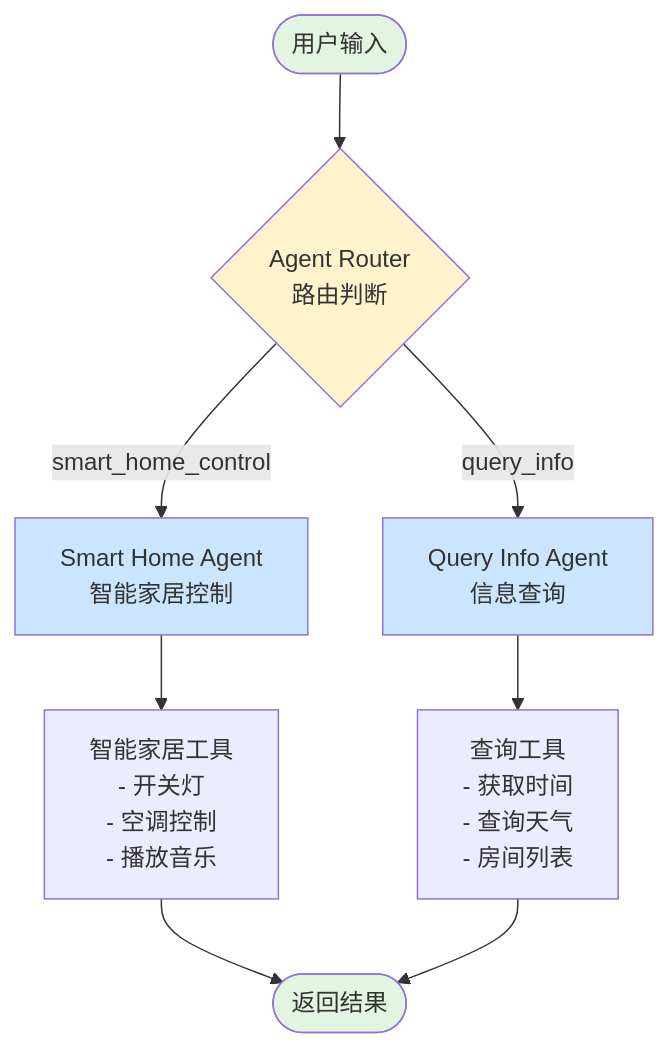
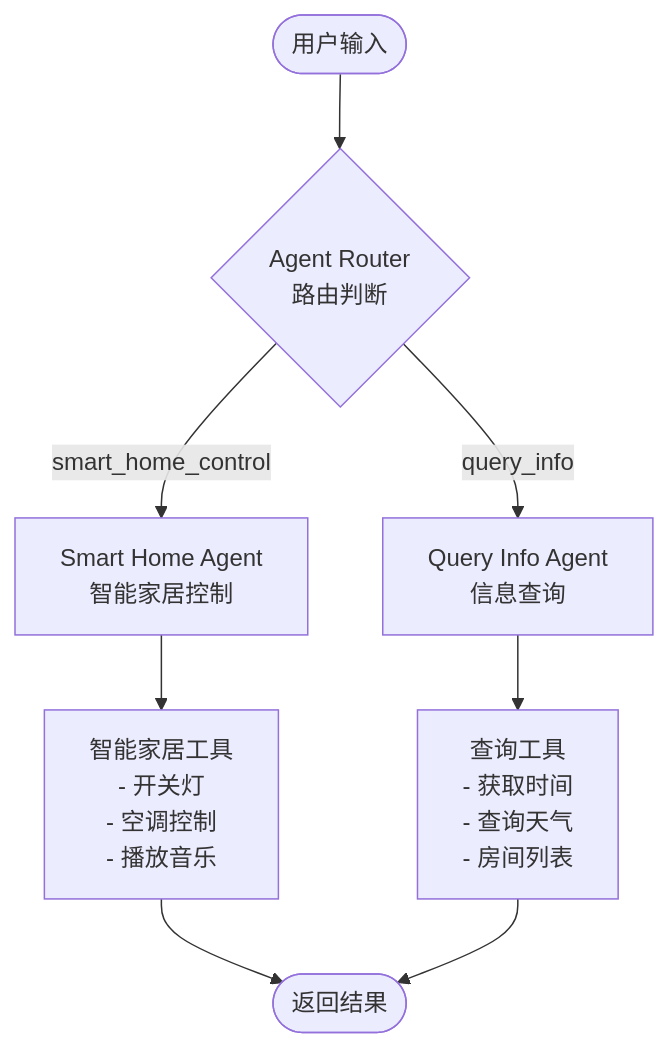
Before and after one commit to DEDE4306/WiseHome: the first of 2 diagrams in readme.md, drawn with Mermaid. The commit also changed other lines of this file and 4 other files, not shown here.

````diff
--- a/readme.md
+++ b/readme.md
@@ -7,19 +7,15 @@
 ```mermaid
 graph TD
     Start([用户输入]) --> Router{Agent Router<br/>路由判断}
     
     Router -->|smart_home_control| HomeAgent[Smart Home Agent<br/>智能家居控制]
     Router -->|query_info| QueryAgent[Query Info Agent<br/>信息查询]
     
     HomeAgent --> HomeTools[智能家居工具<br/>- 开关灯<br/>- 空调控制<br/>- 播放音乐]
     QueryAgent --> QueryTools[查询工具<br/>- 获取时间<br/>- 查询天气<br/>- 房间列表]
     
     HomeTools --> End([返回结果])
     QueryTools --> End
     
-    style Start fill:#e1f5e1
-    style Router fill:#fff3cd
-    style HomeAgent fill:#cce5ff
-    style QueryAgent fill:#cce5ff
-    style End fill:#e1f5e1
+
 ```
````
